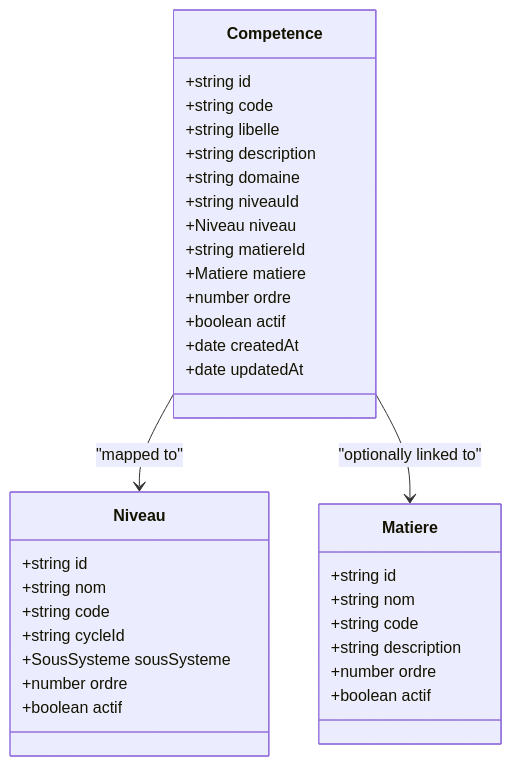
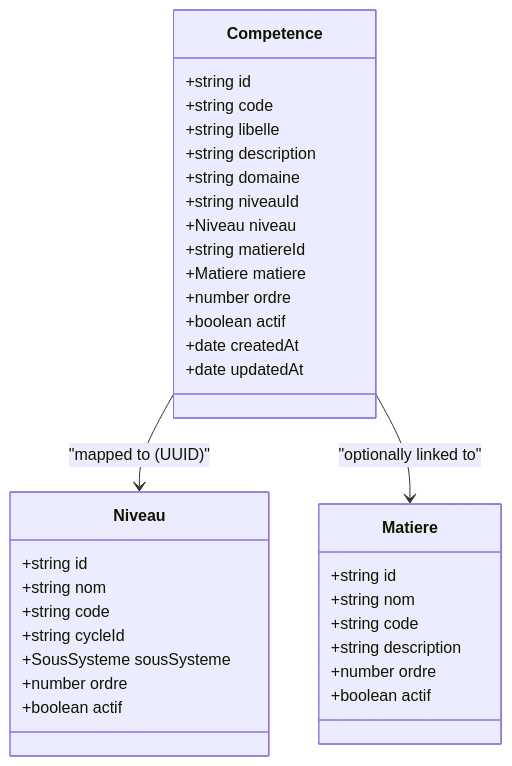
One commit to franckylab/eLISAschool changed the fifth of 10 diagrams in .qoder/repowiki/en/content/Modules & Features/Academic Modules/Curriculum Structure (Cycles & Levels).md. Above: the diagram before and after it, drawn with Mermaid. The commit also changed other lines of this file and 95 other files, not shown here.

First line of the commit message:
refactor(architecture): corriger la source de vérité des informations établissement

````diff
--- a/.qoder/repowiki/en/content/Modules & Features/Academic Modules/Curriculum Structure (Cycles & Levels).md
+++ b/.qoder/repowiki/en/content/Modules & Features/Academic Modules/Curriculum Structure (Cycles & Levels).md
@@ -292,37 +294,37 @@
 ```mermaid
 classDiagram
 class Competence {
 +string id
 +string code
 +string libelle
 +string description
 +string domaine
 +string niveauId
 +Niveau niveau
 +string matiereId
 +Matiere matiere
 +number ordre
 +boolean actif
 +date createdAt
 +date updatedAt
 }
 class Niveau {
 +string id
 +string nom
 +string code
 +string cycleId
 +SousSysteme sousSysteme
 +number ordre
 +boolean actif
 }
 class Matiere {
 +string id
 +string nom
 +string code
 +string description
 +number ordre
 +boolean actif
 }
-Competence --> Niveau : "mapped to"
+Competence --> Niveau : "mapped to (UUID)"
 Competence --> Matiere : "optionally linked to"
 ```
````
